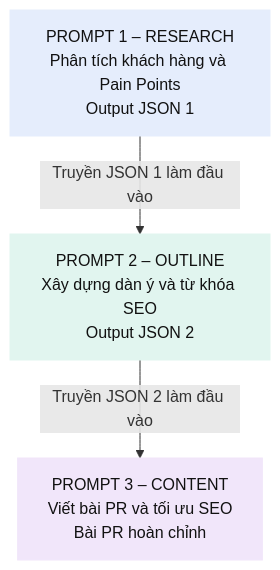
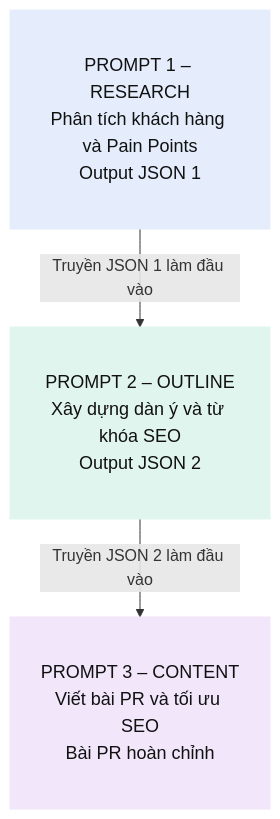
The diagram in README.md (Duyanh2k8/HCM-KS26-CNTT1_PromptingAI_Session05_Ex02), drawn with Mermaid before and after one commit.

Commit message:
Add class definitions and styles to README

````diff
--- a/README.md
+++ b/README.md
@@ -138,13 +138,16 @@
 ```mermaid
 flowchart TD
   A["PROMPT 1 – RESEARCH</br>Phân tích khách hàng và Pain Points</br>Output JSON 1"]
   B["PROMPT 2 – OUTLINE</br>Xây dựng dàn ý và từ khóa SEO</br>Output JSON 2"]
   C["PROMPT 3 – CONTENT</br>Viết bài PR và tối ưu SEO</br>Bài PR hoàn chỉnh"]
 
   A --> |"Truyền JSON 1 làm đầu vào"| B
   B --> |"Truyền JSON 2 làm đầu vào"| C
 
+classDef box font-size:18px,padding:25px
+class A,B,C box
+
   style A fill:#e5edfc,stroke:#e5edfc,color:#111
   style B fill:#e1f5ef,stroke:#e1f5ef,color:#111
   style C fill:#f1e6fa,stroke:#f1e6fa,color:#111
 ```
````
